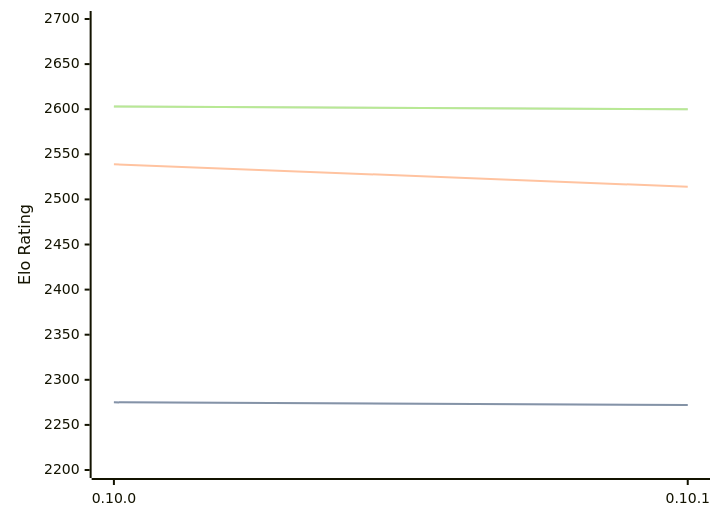
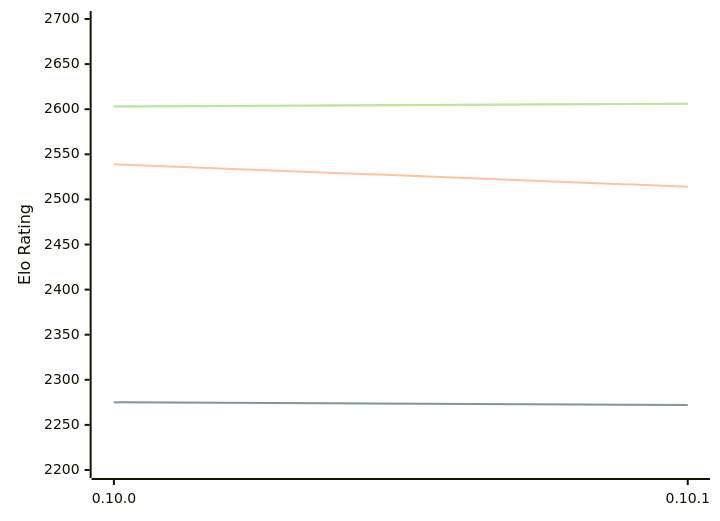
Before and after one commit to computer-chess-index/cci: the diagram in engines/Fatalii.md, drawn with Mermaid. The commit also changed other lines of this file, not shown here.

Commit message:
Update CCI Ratings (ELO VLTC) - 2026-08-31

````diff
--- a/engines/Fatalii.md
+++ b/engines/Fatalii.md
@@ -32,11 +32,11 @@
 ```mermaid
 %%{init: {"theme":"base","themeVariables":{"seriesColors:['#a3a3a3','#222221','#faa371']}}}%%
 xychart-beta
   x-axis ["0.10.0", "0.10.1"]
   y-axis "Elo Rating" 2200 --> 2700
   line "" [2275, 2272]
   line "STC (8.0+0.08s)" [2275, 2272]
   line "LTC (60.0+0.60s)" [2539, 2514]
-  line "" [2603, 2600]
-  line "VLTC (2m24s+1.12s)" [2603, 2600]
+  line "" [2603, 2606]
+  line "VLTC (2m24s+1.12s)" [2603, 2606]
 ```
````
